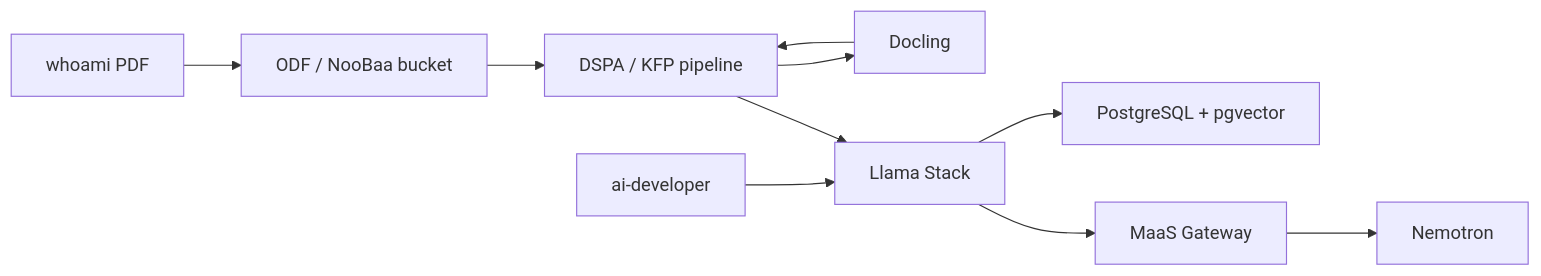
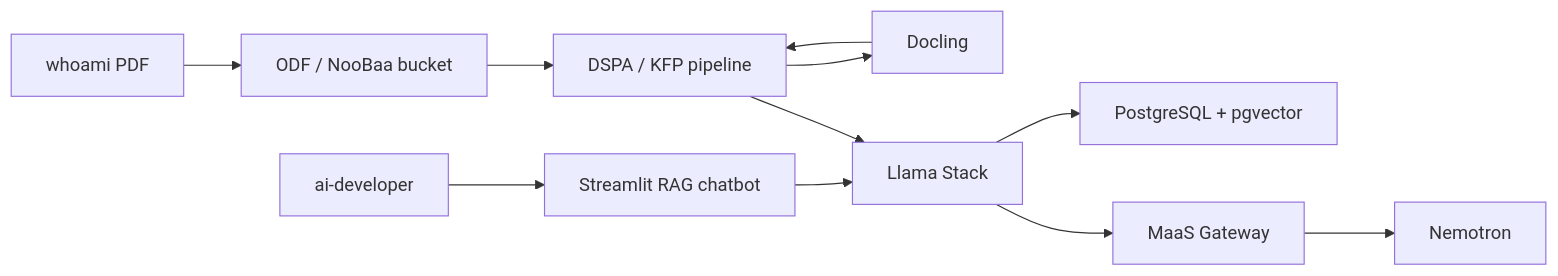
Before and after one commit to adnan-drina/rhoai3-demo: the diagram in stage-230-private-data-rag/README.md, drawn with Mermaid. The commit also changed other lines of this file and 14 other files, not shown here.

Commit message:
feat(stage-230): add private rag streamlit app

````diff
--- a/stage-230-private-data-rag/README.md
+++ b/stage-230-private-data-rag/README.md
@@ -50,22 +53,24 @@
 ```mermaid
 flowchart LR
   user["ai-developer"]
   docs["whoami PDF"]
   bucket["ODF / NooBaa bucket"]
   dspa["DSPA / KFP pipeline"]
   docling["Docling"]
   pg["PostgreSQL + pgvector"]
   stack["Llama Stack"]
+  app["Streamlit RAG chatbot"]
   maas["MaaS Gateway"]
   model["Nemotron"]
 
-  user --> stack
+  user --> app
+  app --> stack
   docs --> bucket
   bucket --> dspa
   dspa --> docling
   docling --> dspa
   dspa --> stack
   stack --> pg
   stack --> maas
   maas --> model
 ```
````
